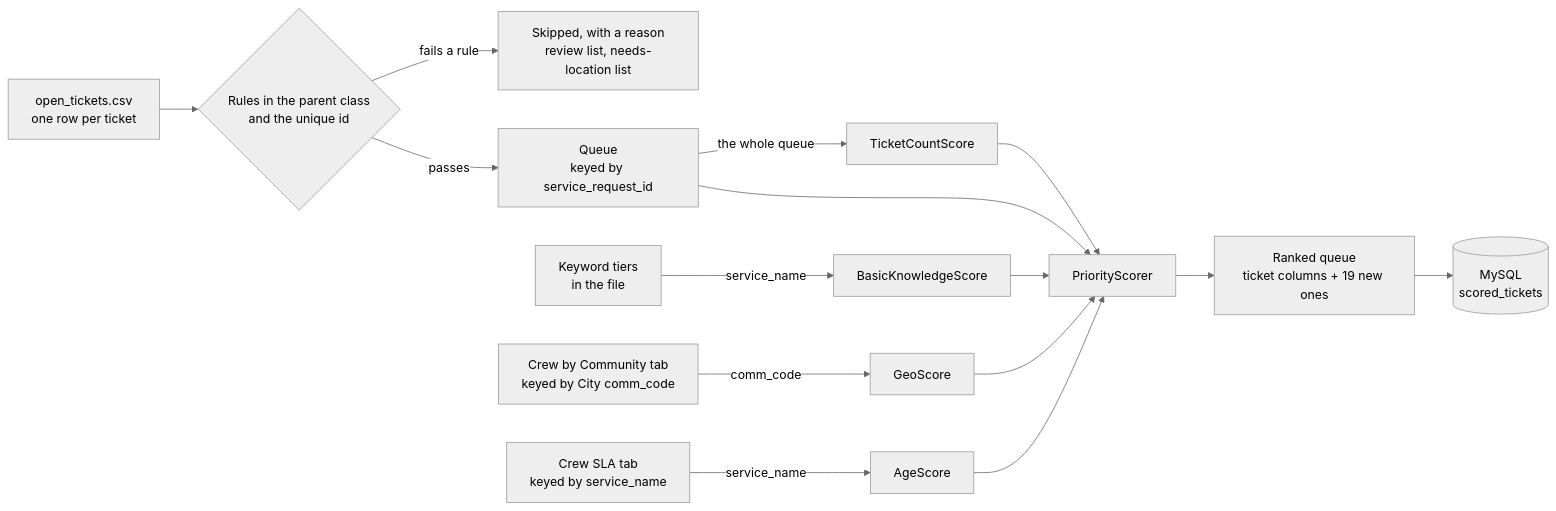
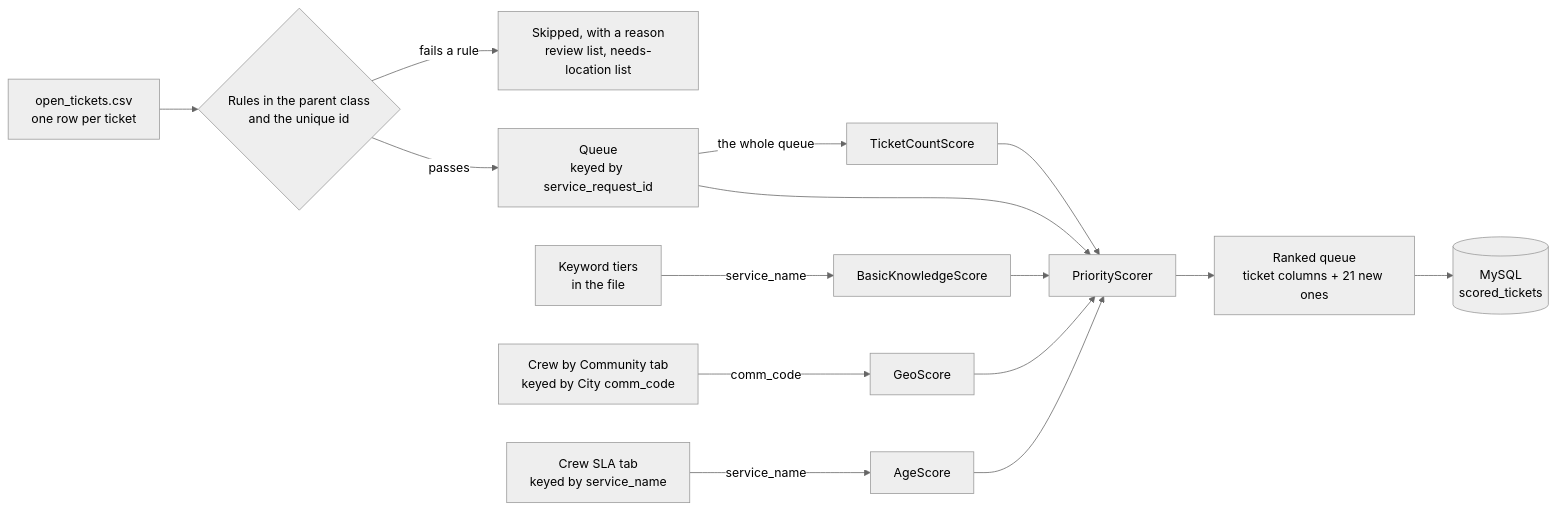
One commit to keiein/team-311-hackathon-project changed the second of 2 diagrams in Case 1 - Autonomous 311 Work-Order Dispatch Agent/scoring/PRIORITY_SCORING.md. Above: the diagram before and after it, drawn with Mermaid (neutral theme). The commit also changed other lines of this file and 4 other files, not shown here.

````diff
--- a/Case 1 - Autonomous 311 Work-Order Dispatch Agent/scoring/PRIORITY_SCORING.md
+++ b/Case 1 - Autonomous 311 Work-Order Dispatch Agent/scoring/PRIORITY_SCORING.md
@@ -181,17 +181,17 @@
 ```mermaid
 flowchart LR
     T[open_tickets.csv<br/>one row per ticket] --> P{"Rules in the parent class<br/>and the unique id"}
     P -->|fails a rule| H[Skipped, with a reason<br/>review list, needs-location list]
     P -->|passes| Q[Queue<br/>keyed by service_request_id]
     K[Keyword tiers<br/>in the file] -->|service_name| B[BasicKnowledgeScore]
     C[Crew by Community tab<br/>keyed by City comm_code] -->|comm_code| G[GeoScore]
     L[Crew SLA tab<br/>keyed by service_name] -->|service_name| A[AgeScore]
     Q -->|the whole queue| N[TicketCountScore]
     Q --> S[PriorityScorer]
     B --> S
     G --> S
     A --> S
     N --> S
-    S --> R[Ranked queue<br/>ticket columns + 19 new ones]
+    S --> R[Ranked queue<br/>ticket columns + 21 new ones]
     R --> D[(MySQL<br/>scored_tickets)]
 ```
````
